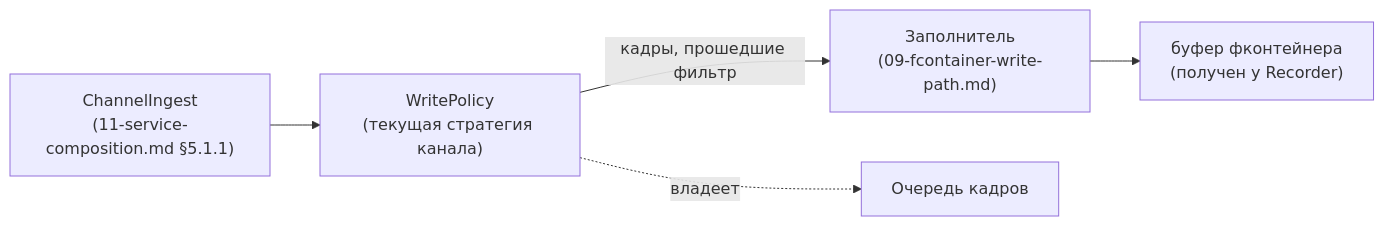
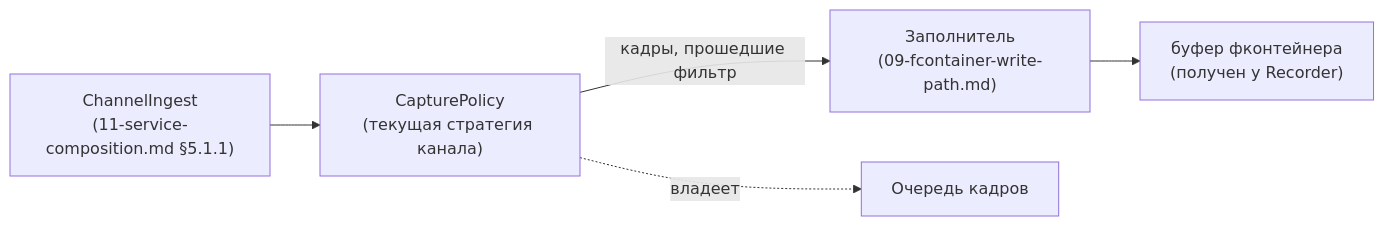
One commit to traycers/farc changed the first of 2 diagrams in docs/docs/archive/10-write-policy.md. Above: the diagram before and after it, drawn with Mermaid. The commit also changed other lines of this file and 2 other files, not shown here.

````diff
--- a/docs/docs/archive/10-write-policy.md
+++ b/docs/docs/archive/10-write-policy.md
@@ -35,7 +35,7 @@
 ```mermaid
 graph LR
-    CI["ChannelIngest<br/>(11-service-composition.md §5.1.1)"] --> WP["WritePolicy<br/>(текущая стратегия канала)"]
-    WP -->|"кадры, прошедшие фильтр"| Fill["Заполнитель<br/>(09-fcontainer-write-path.md)"]
+    CI["ChannelIngest<br/>(11-service-composition.md §5.1.1)"] --> CP["CapturePolicy<br/>(текущая стратегия канала)"]
+    CP -->|"кадры, прошедшие фильтр"| Fill["Заполнитель<br/>(09-fcontainer-write-path.md)"]
     Fill --> Buf["буфер фконтейнера<br/>(получен у Recorder)"]
-    WP -.владеет.-> Q["Очередь кадров"]
+    CP -.владеет.-> Q["Очередь кадров"]
 ```
````
